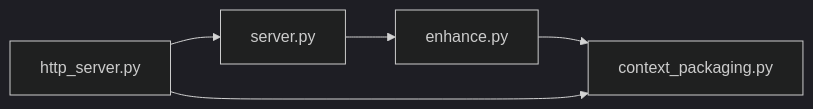
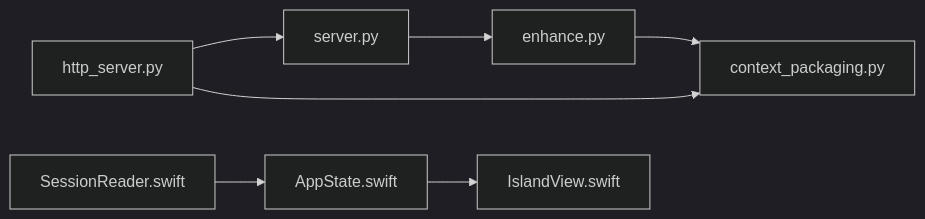
The tenth of 10 diagrams in .qoder/repowiki/zh/content/集成指南/Codex 集成.md (WyRainBow/PromptCocoPilot), drawn with Mermaid (dark theme) before and after one commit. The commit also changed other lines of this file and 134 other files, not shown here.

````diff
--- a/.qoder/repowiki/zh/content/集成指南/Codex 集成.md
+++ b/.qoder/repowiki/zh/content/集成指南/Codex 集成.md
@@ -315,7 +426,9 @@
 ```mermaid
 graph LR
 HTTP["http_server.py"] --> MCP["server.py"]
 MCP --> Enhance["enhance.py"]
 Enhance --> Ctx["context_packaging.py"]
 HTTP --> Ctx
+SessionReader["SessionReader.swift"] --> AppState["AppState.swift"]
+AppState --> IslandView["IslandView.swift"]
 ```
````
